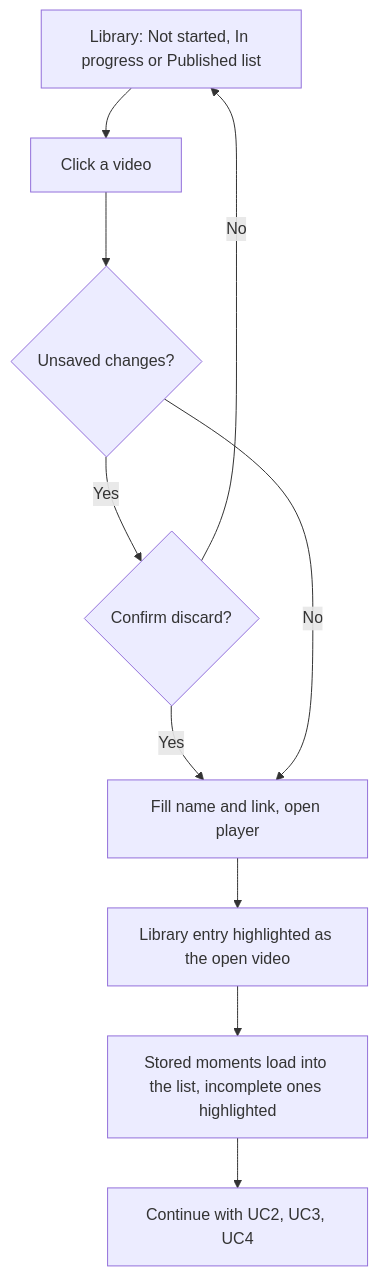
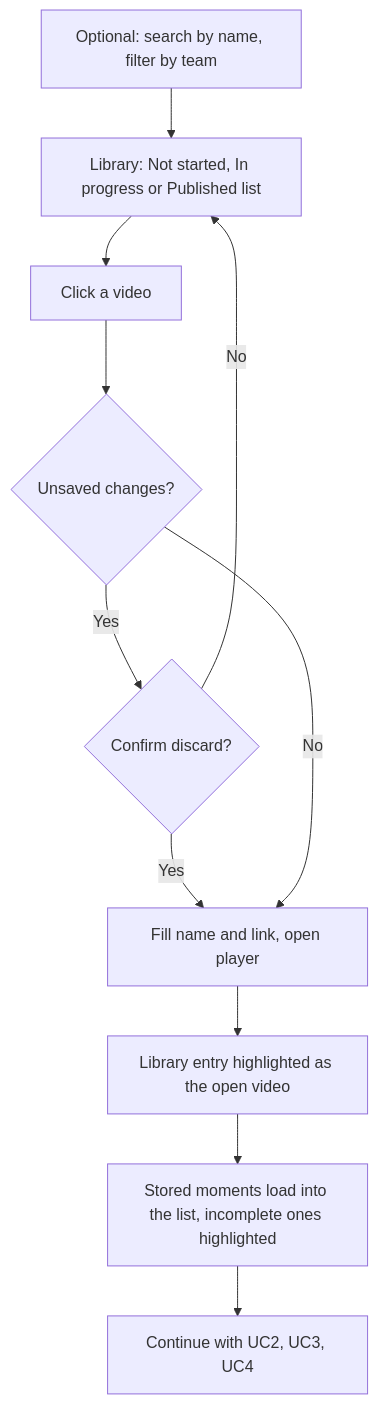
Before and after one commit to LeandroBerretta/touchline-video-tagging: the eighth of 14 diagrams in docs/USE_CASE_FLOWS.md, drawn with Mermaid. The commit also changed 4 other files, not shown here.

First line of the commit message:
Add search and a team filter to the tagging library

````diff
--- a/docs/USE_CASE_FLOWS.md
+++ b/docs/USE_CASE_FLOWS.md
@@ -221,12 +221,13 @@
 ```mermaid
 flowchart TD
+  A0[Optional: search by name, filter by team] --> A
   A[Library: Not started, In progress or Published list] --> B[Click a video]
   B --> C{Unsaved changes?}
   C -- Yes --> D{Confirm discard?}
   D -- No --> A
   D -- Yes --> E
   C -- No --> E[Fill name and link, open player]
   E --> F[Library entry highlighted as the open video]
   F --> G[Stored moments load into the list, incomplete ones highlighted]
   G --> H[Continue with UC2, UC3, UC4]
 ```
````
